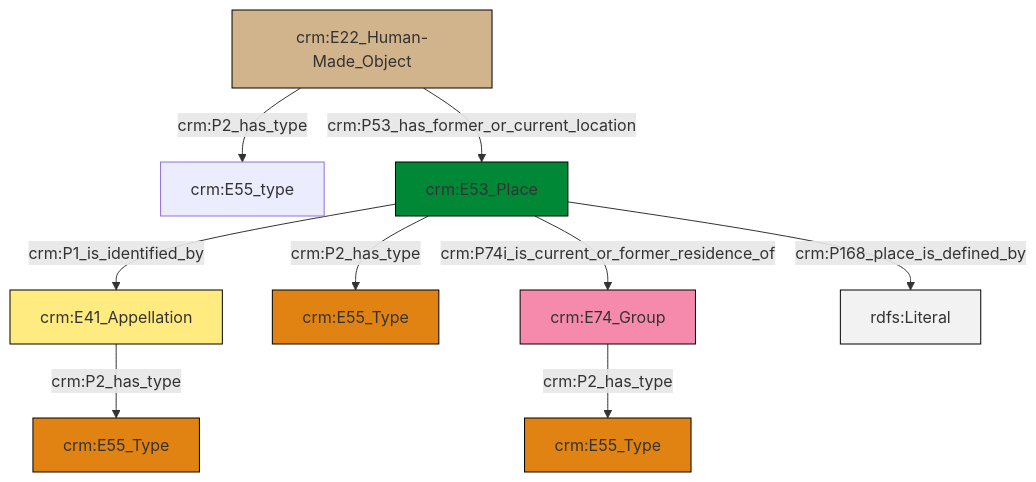
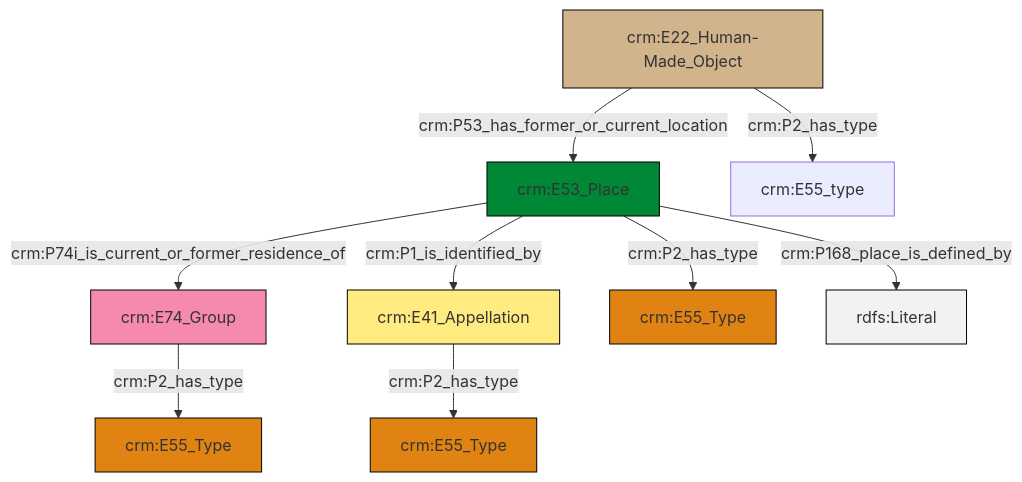
The diagram in et/artworkCSV/ttl/mmd/Artwork_Location.ttl.mmd (swiss-art-research-net/docs.swissartresearch), drawn with Mermaid before and after one commit. The commit also changed 172 other files, not shown here.

```diff
--- a/et/artworkCSV/ttl/mmd/Artwork_Location.ttl.mmd
+++ b/et/artworkCSV/ttl/mmd/Artwork_Location.ttl.mmd
@@ -1,23 +1,23 @@
 graph TD
 classDef Literal fill:#f2f2f2,stroke:#000000;
 classDef CRM_Entity fill:#FFFFFF,stroke:#000000;
 classDef Temporal_Entity fill:#00C9E6, stroke:#000000;
 classDef Type fill:#E18312, stroke:#000000;
 classDef Time-Span fill:#2C9C91, stroke:#000000;
 classDef Appellation fill:#FFEB7F, stroke:#000000;
 classDef Place fill:#008836, stroke:#000000;
 classDef Persistent_Item fill:#B266B2, stroke:#000000;
 classDef Conceptual_Object fill:#FFD700, stroke:#000000;
 classDef Physical_Thing fill:#D2B48C, stroke:#000000;
 classDef Actor fill:#f58aad, stroke:#000000;
 classDef PC_Classes fill:#4ce600, stroke:#000000;
 classDef Multi fill:#cccccc,stroke:#000000;
 
-4["crm:E53_Place"]:::Place -->|crm:P1_is_identified_by| 5["crm:E41_Appellation"]:::Appellation
-4["crm:E53_Place"]:::Place -->|crm:P2_has_type| 8["crm:E55_Type"]:::Type
-14["crm:E74_Group"]:::Actor -->|crm:P2_has_type| 12["crm:E55_Type"]:::Type
-6["crm:E22_Human-Made_Object"]:::Physical_Thing -->|crm:P2_has_type| 2["crm:E55_type"]:::Default
-4["crm:E53_Place"]:::Place -->|crm:P74i_is_current_or_former_residence_of| 14["crm:E74_Group"]:::Actor
-5["crm:E41_Appellation"]:::Appellation -->|crm:P2_has_type| 0["crm:E55_Type"]:::Type
-4["crm:E53_Place"]:::Place -->|crm:P168_place_is_defined_by| 19[rdfs:Literal]:::Literal
-6["crm:E22_Human-Made_Object"]:::Physical_Thing -->|crm:P53_has_former_or_current_location| 4["crm:E53_Place"]:::Place
+0["crm:E22_Human-Made_Object"]:::Physical_Thing -->|crm:P53_has_former_or_current_location| 1["crm:E53_Place"]:::Place
+1["crm:E53_Place"]:::Place -->|crm:P74i_is_current_or_former_residence_of| 2["crm:E74_Group"]:::Actor
+0["crm:E22_Human-Made_Object"]:::Physical_Thing -->|crm:P2_has_type| 3["crm:E55_type"]:::Default
+4["crm:E41_Appellation"]:::Appellation -->|crm:P2_has_type| 5["crm:E55_Type"]:::Type
+2["crm:E74_Group"]:::Actor -->|crm:P2_has_type| 7["crm:E55_Type"]:::Type
+1["crm:E53_Place"]:::Place -->|crm:P2_has_type| 9["crm:E55_Type"]:::Type
+1["crm:E53_Place"]:::Place -->|crm:P1_is_identified_by| 4["crm:E41_Appellation"]:::Appellation
+1["crm:E53_Place"]:::Place -->|crm:P168_place_is_defined_by| 19[rdfs:Literal]:::Literal
```
